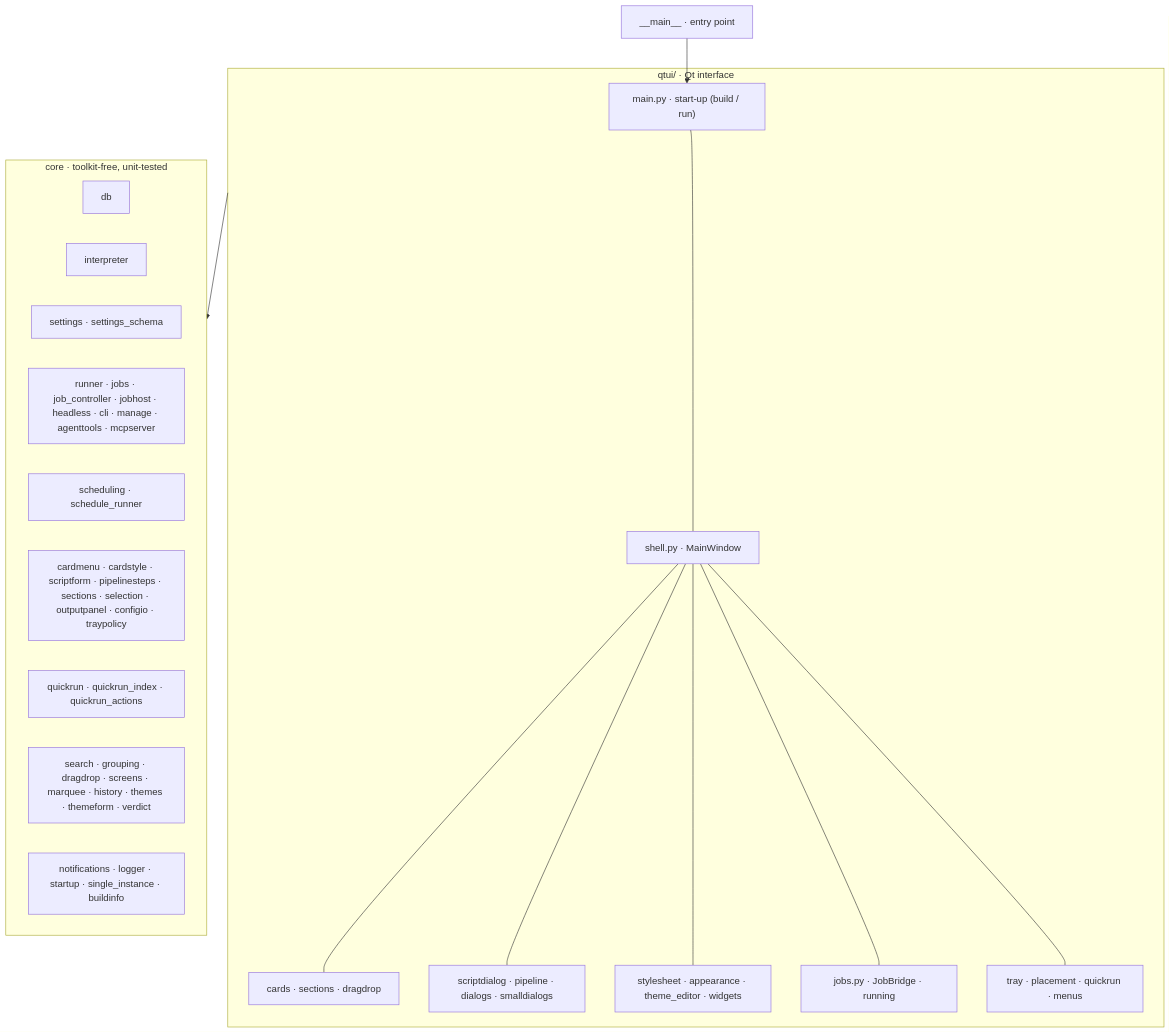
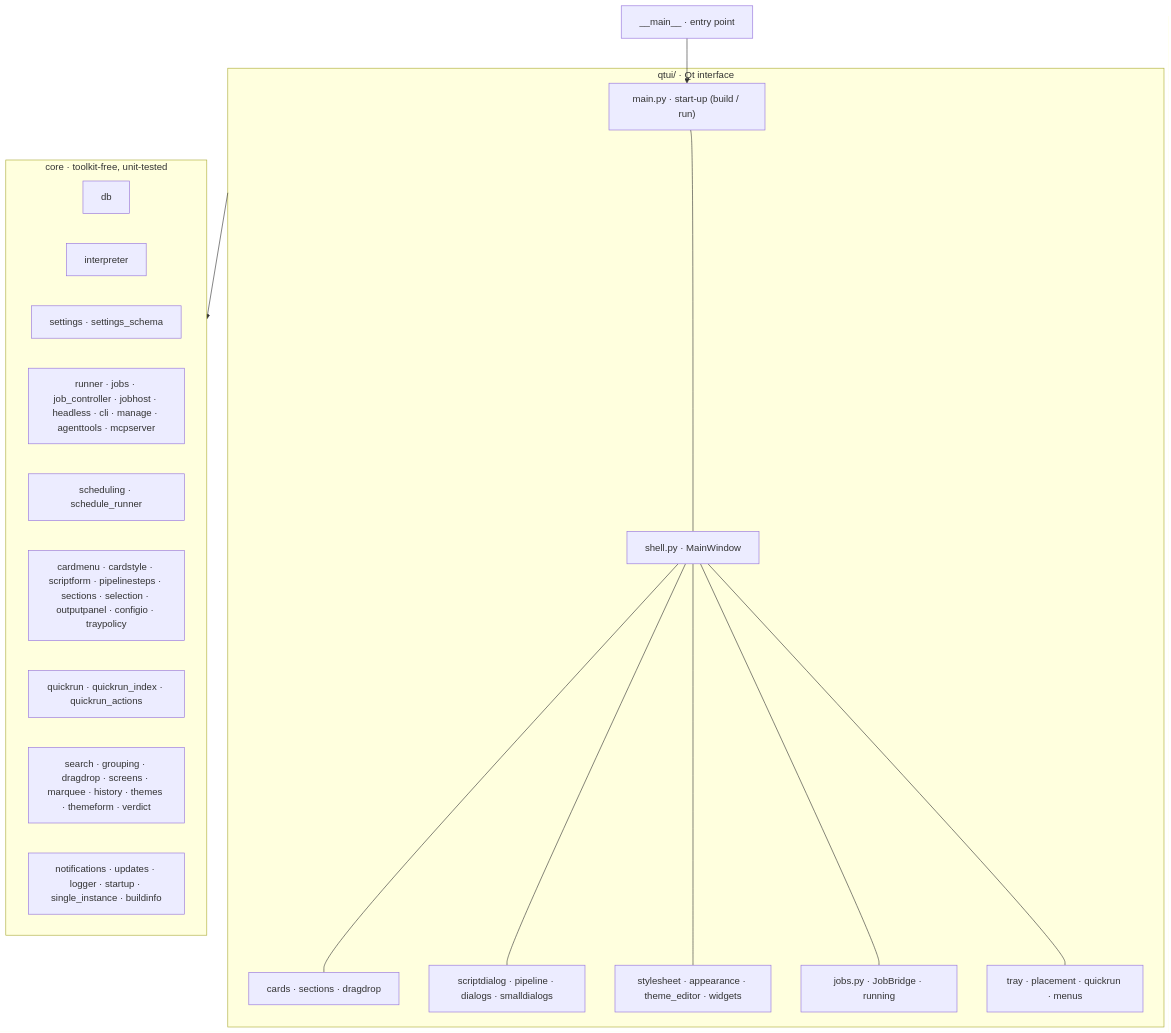
The diagram in docs/ARCHITECTURE.md (lqvu-zen/RYOS), drawn with Mermaid before and after one commit. The commit also changed other lines of this file and 8 other files, not shown here.

````diff
--- a/docs/ARCHITECTURE.md
+++ b/docs/ARCHITECTURE.md
@@ -8,34 +8,34 @@
 ```mermaid
 flowchart TD
     main["__main__ · entry point"] --> qtmain
 
     subgraph ui["qtui/ · Qt interface"]
         qtmain["main.py · start-up (build / run)"]
         shell["shell.py · MainWindow"]
         cards["cards · sections · dragdrop"]
         dialogs["scriptdialog · pipeline · dialogs · smalldialogs"]
         look["stylesheet · appearance · theme_editor · widgets"]
         bridge["jobs.py · JobBridge · running"]
         tray["tray · placement · quickrun · menus"]
         qtmain --- shell
         shell --- cards
         shell --- dialogs
         shell --- look
         shell --- bridge
         shell --- tray
     end
 
     subgraph core["core · toolkit-free, unit-tested"]
         db["db"]
         interpreter["interpreter"]
         settings["settings · settings_schema"]
         run["runner · jobs · job_controller · jobhost · headless · cli · manage · agenttools · mcpserver"]
         sched["scheduling · schedule_runner"]
         rules["cardmenu · cardstyle · scriptform · pipelinesteps · sections · selection · outputpanel · configio · traypolicy"]
         quickrun["quickrun · quickrun_index · quickrun_actions"]
         misc["search · grouping · dragdrop · screens · marquee · history · themes · themeform · verdict"]
-        infra["notifications · logger · startup · single_instance · buildinfo"]
+        infra["notifications · updates · logger · startup · single_instance · buildinfo"]
     end
 
     ui --> core
 ```
````
